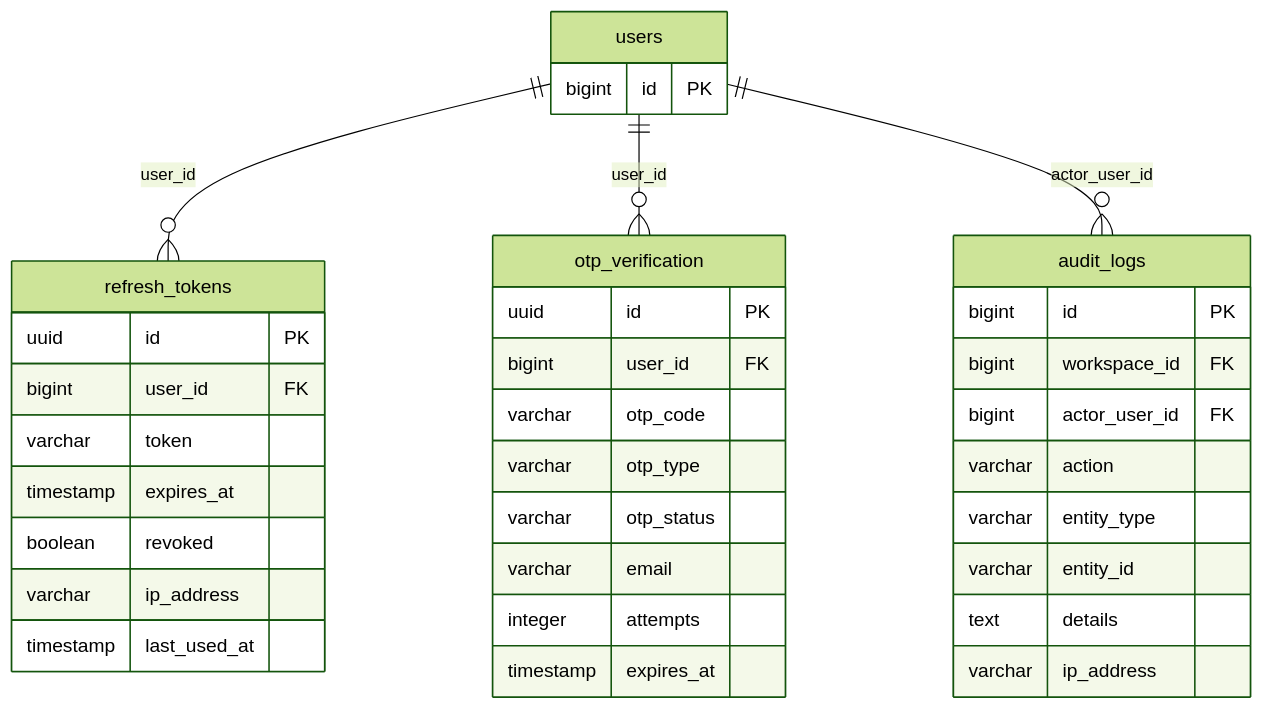
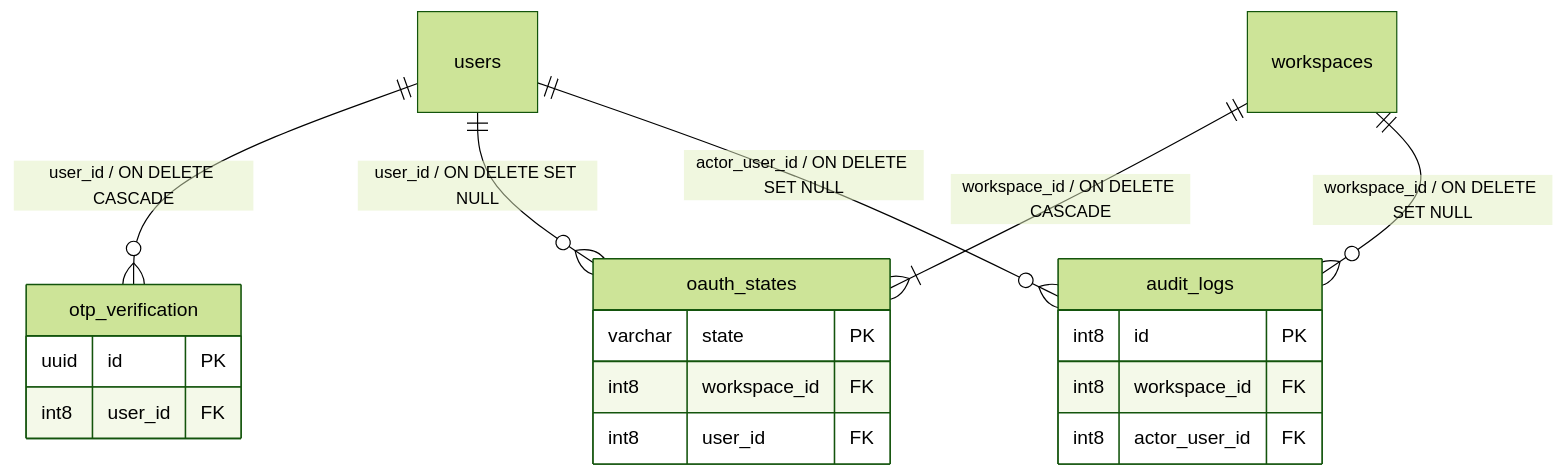
The fifth of 8 diagrams in v1/03-architecture/Modele_Donnees_MCD_MLD.md (taskforce-project/taskforce-docs), drawn with Mermaid (forest theme) before and after one commit. The commit also changed other lines of this file, not shown here.

````diff
--- a/v1/03-architecture/Modele_Donnees_MCD_MLD.md
+++ b/v1/03-architecture/Modele_Donnees_MCD_MLD.md
@@ -441,38 +460,22 @@
 ```mermaid
 erDiagram
-  users {
-    bigint id PK
-  }
-  refresh_tokens {
-    uuid id PK
-    bigint user_id FK
-    varchar token
-    timestamp expires_at
-    boolean revoked
-    varchar ip_address
-    timestamp last_used_at
-  }
   otp_verification {
     uuid id PK
-    bigint user_id FK
-    varchar otp_code
-    varchar otp_type
-    varchar otp_status
-    varchar email
-    integer attempts
-    timestamp expires_at
+    int8 user_id FK
+  }
+  oauth_states {
+    varchar state PK
+    int8 workspace_id FK
+    int8 user_id FK
   }
   audit_logs {
-    bigint id PK
-    bigint workspace_id FK
-    bigint actor_user_id FK
-    varchar action
-    varchar entity_type
-    varchar entity_id
-    text details
-    varchar ip_address
+    int8 id PK
+    int8 workspace_id FK
+    int8 actor_user_id FK
   }
-  users ||--o{ refresh_tokens : "user_id"
-  users ||--o{ otp_verification : "user_id"
-  users ||--o{ audit_logs : "actor_user_id"
+  users ||--o{ otp_verification : "user_id / ON DELETE CASCADE"
+  users ||--o{ oauth_states : "user_id / ON DELETE SET NULL"
+  workspaces ||--|{ oauth_states : "workspace_id / ON DELETE CASCADE"
+  workspaces ||--o{ audit_logs : "workspace_id / ON DELETE SET NULL"
+  users ||--o{ audit_logs : "actor_user_id / ON DELETE SET NULL"
 ```
````
